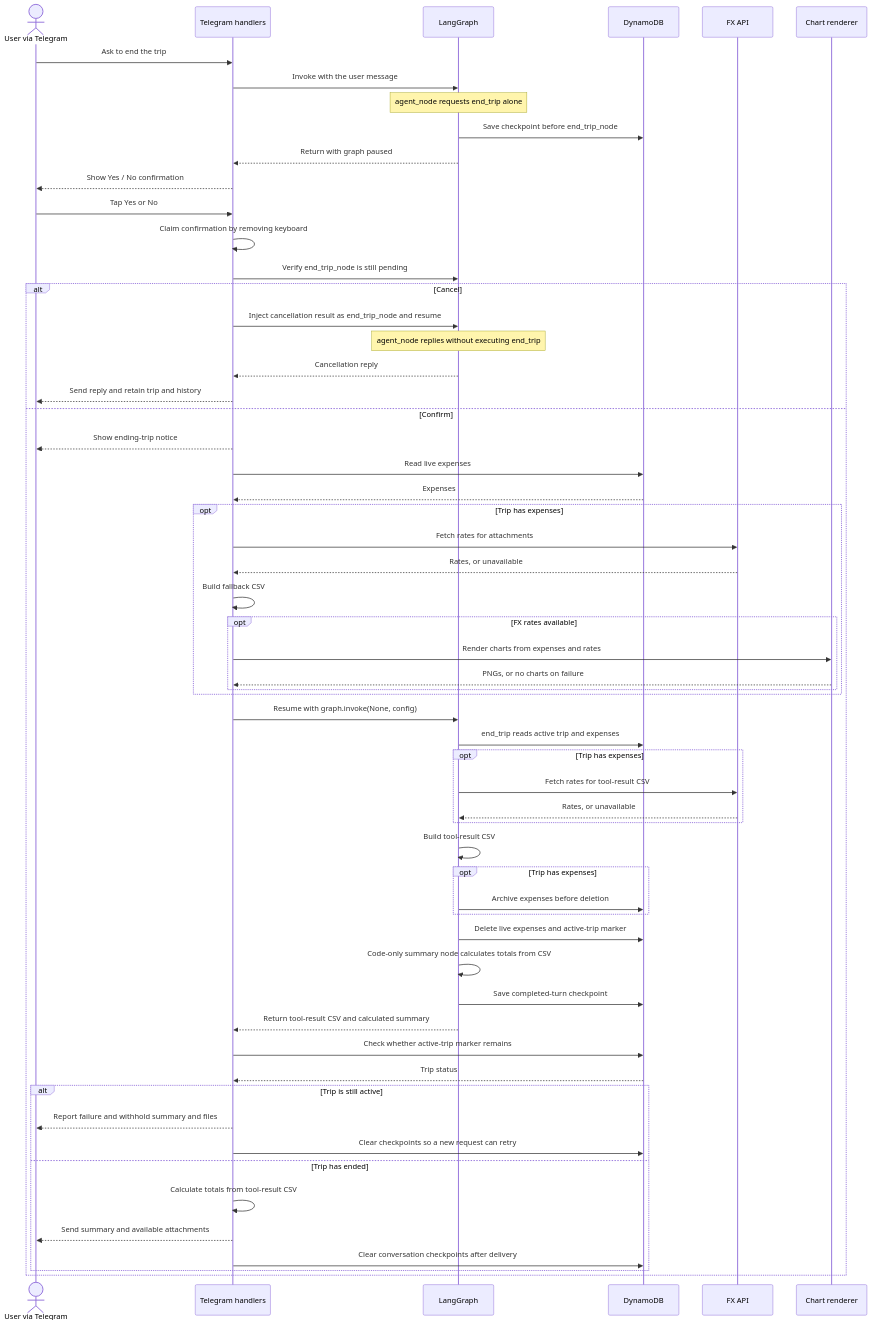
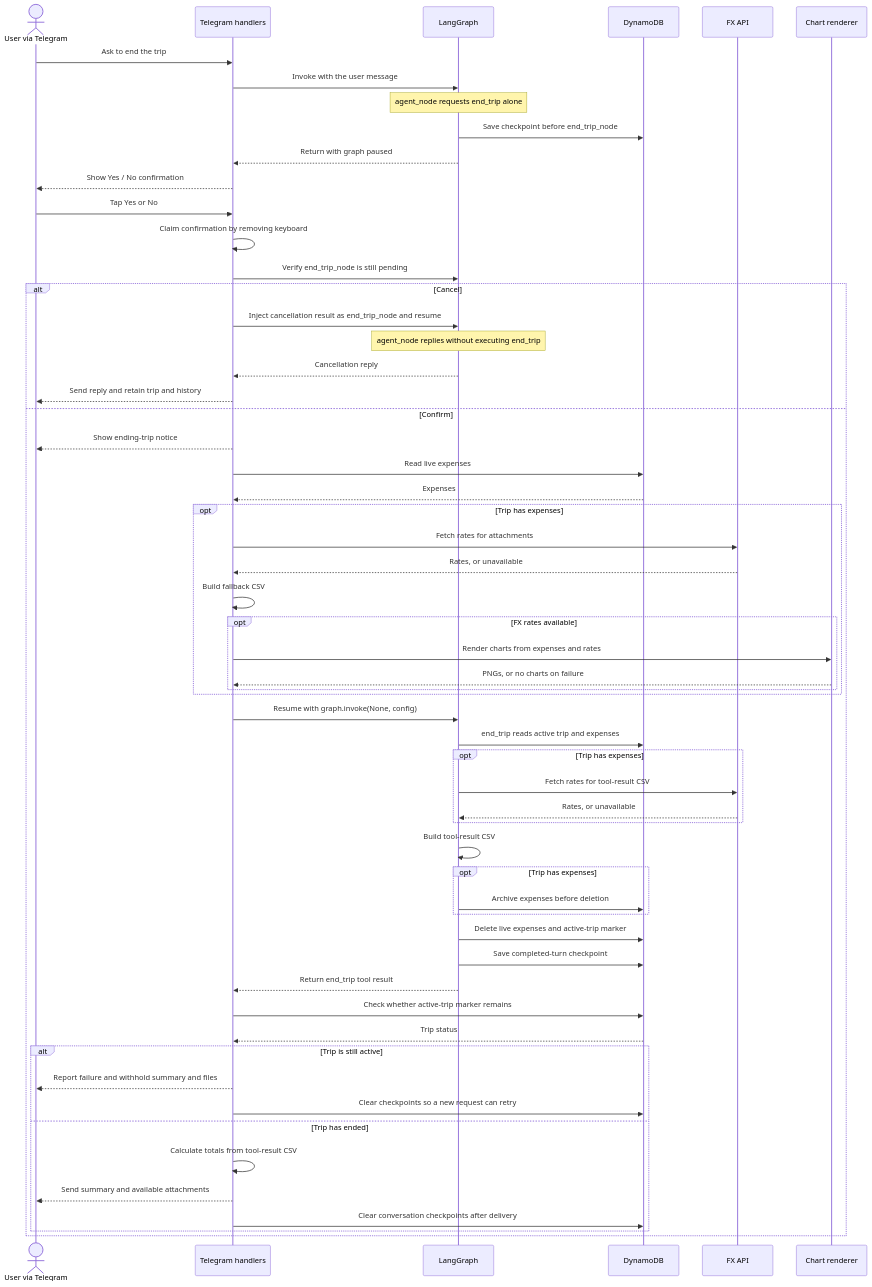
One commit to gyant6/ExpensesCalculatorAgenticBot changed the fourth of 4 diagrams in ARCHITECTURE.md. Above: the diagram before and after it, drawn with Mermaid. The commit also changed other lines of this file, not shown here.

Commit message:
Update end-trip architecture for direct graph completion

````diff
--- a/ARCHITECTURE.md
+++ b/ARCHITECTURE.md
@@ -235,63 +237,62 @@
 ```mermaid
 sequenceDiagram
     actor User as User via Telegram
     participant Handler as Telegram handlers
     participant Graph as LangGraph
     participant DB as DynamoDB
     participant FX as FX API
     participant Charts as Chart renderer
 
     User->>Handler: Ask to end the trip
     Handler->>Graph: Invoke with the user message
     Note over Graph: agent_node requests end_trip alone
     Graph->>DB: Save checkpoint before end_trip_node
     Graph-->>Handler: Return with graph paused
     Handler-->>User: Show Yes / No confirmation
     User->>Handler: Tap Yes or No
     Handler->>Handler: Claim confirmation by removing keyboard
     Handler->>Graph: Verify end_trip_node is still pending
 
     alt Cancel
         Handler->>Graph: Inject cancellation result as end_trip_node and resume
         Note over Graph: agent_node replies without executing end_trip
         Graph-->>Handler: Cancellation reply
         Handler-->>User: Send reply and retain trip and history
     else Confirm
         Handler-->>User: Show ending-trip notice
         Handler->>DB: Read live expenses
         DB-->>Handler: Expenses
         opt Trip has expenses
             Handler->>FX: Fetch rates for attachments
             FX-->>Handler: Rates, or unavailable
             Handler->>Handler: Build fallback CSV
             opt FX rates available
                 Handler->>Charts: Render charts from expenses and rates
                 Charts-->>Handler: PNGs, or no charts on failure
             end
         end
         Handler->>Graph: Resume with graph.invoke(None, config)
         Graph->>DB: end_trip reads active trip and expenses
         opt Trip has expenses
             Graph->>FX: Fetch rates for tool-result CSV
             FX-->>Graph: Rates, or unavailable
         end
         Graph->>Graph: Build tool-result CSV
         opt Trip has expenses
             Graph->>DB: Archive expenses before deletion
         end
         Graph->>DB: Delete live expenses and active-trip marker
-        Graph->>Graph: Code-only summary node calculates totals from CSV
         Graph->>DB: Save completed-turn checkpoint
-        Graph-->>Handler: Return tool-result CSV and calculated summary
+        Graph-->>Handler: Return end_trip tool result
         Handler->>DB: Check whether active-trip marker remains
         DB-->>Handler: Trip status
         alt Trip is still active
             Handler-->>User: Report failure and withhold summary and files
             Handler->>DB: Clear checkpoints so a new request can retry
         else Trip has ended
             Handler->>Handler: Calculate totals from tool-result CSV
             Handler-->>User: Send summary and available attachments
             Handler->>DB: Clear conversation checkpoints after delivery
         end
     end
 ```
````
